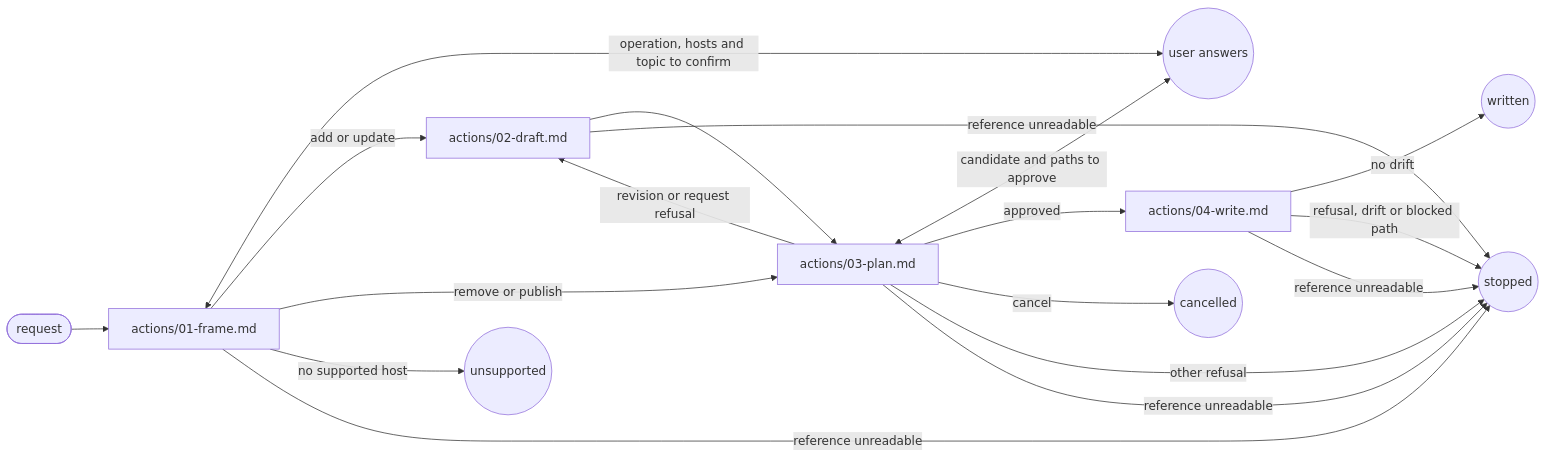
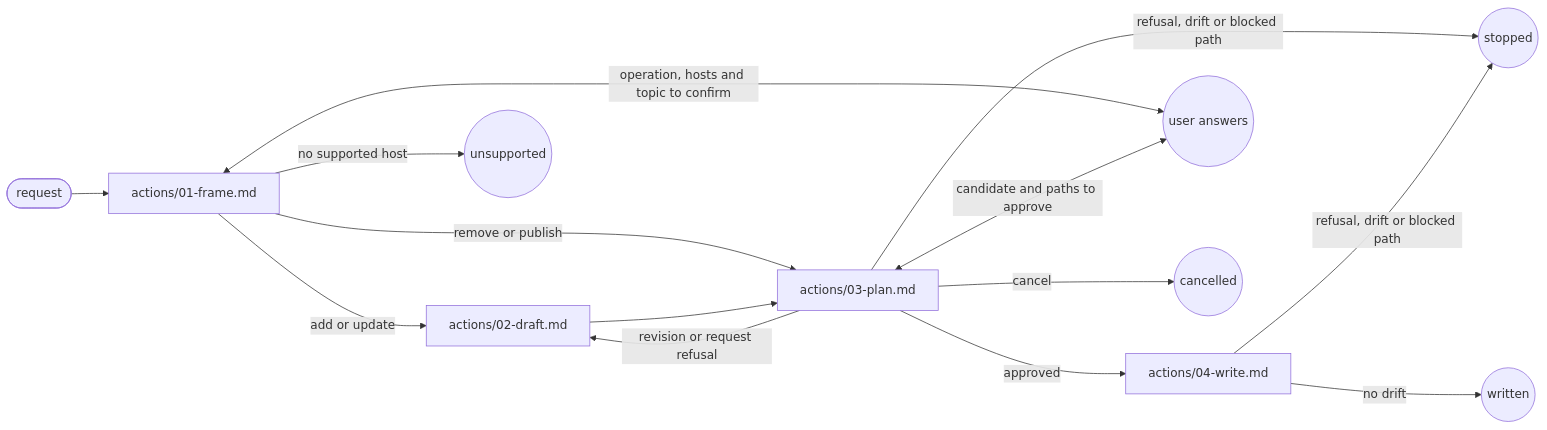
One commit to ai-driven-dev/framework changed the diagram in plugins/aidd-context/skills/05-rule-generate/SKILL.md. Above: the diagram before and after it, drawn with Mermaid.

Commit message:
docs(aidd-context): draw only the rule-generate stops no transversal rule states
Claude-Session: https://claude.ai/code/session_01XeK3mFtkuUPoasVqkF5Rmc

````diff
--- a/plugins/aidd-context/skills/05-rule-generate/SKILL.md
+++ b/plugins/aidd-context/skills/05-rule-generate/SKILL.md
@@ -9,21 +9,19 @@
 ```mermaid
 flowchart LR
   frame["actions/01-frame.md"]
   draft["actions/02-draft.md"]
   plan["actions/03-plan.md"]
   write["actions/04-write.md"]
   entry([request]) --> frame
   frame <-->|"operation, hosts and topic to confirm"| user((user answers))
   plan <-->|"candidate and paths to approve"| user
   frame -->|"add or update"| draft
   frame -->|"remove or publish"| plan
   frame -->|"no supported host"| unsupported((unsupported))
   draft --> plan
   plan -->|"approved"| write
   plan -->|"revision or request refusal"| draft
   plan -->|"cancel"| cancelled((cancelled))
-  plan -->|"other refusal"| stopped
+  plan & write -->|"refusal, drift or blocked path"| stopped((stopped))
   write -->|"no drift"| written((written))
-  write -->|"refusal, drift or blocked path"| stopped((stopped))
-  frame & draft & plan & write -->|"reference unreadable"| stopped
 ```
````
